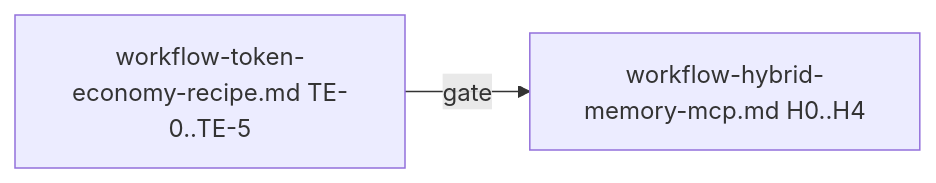
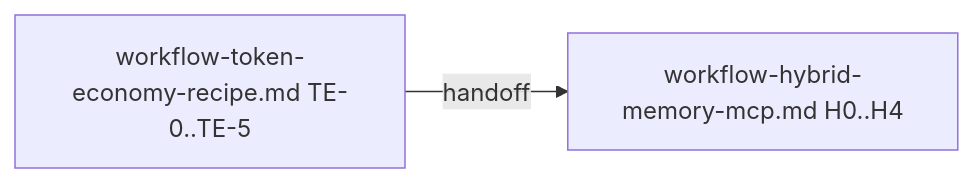
The diagram in plan/workflow-token-economy-recipe.md (artsmi/ailit-agent), drawn with Mermaid before and after one commit. The commit also changed other lines of this file, not shown here.

First line of the commit message:
plan: restore full token economy workflow recipe

````diff
--- a/plan/workflow-token-economy-recipe.md
+++ b/plan/workflow-token-economy-recipe.md
@@ -14,4 +15,4 @@
 ```mermaid
 flowchart LR
-  A[workflow-token-economy-recipe.md TE-0..TE-5] -->|gate| B[workflow-hybrid-memory-mcp.md H0..H4]
+  A[workflow-token-economy-recipe.md TE-0..TE-5] -->|handoff| B[workflow-hybrid-memory-mcp.md H0..H4]
 ```
````
